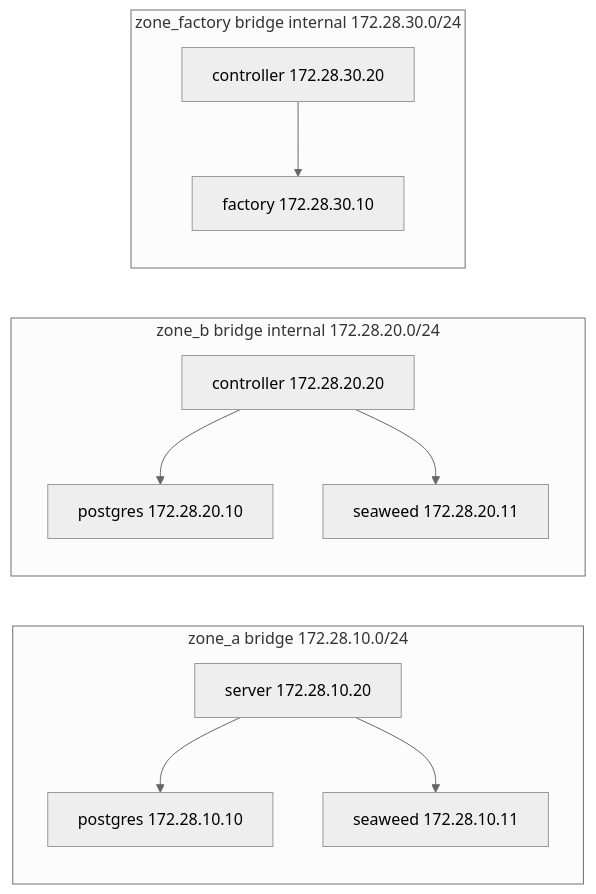
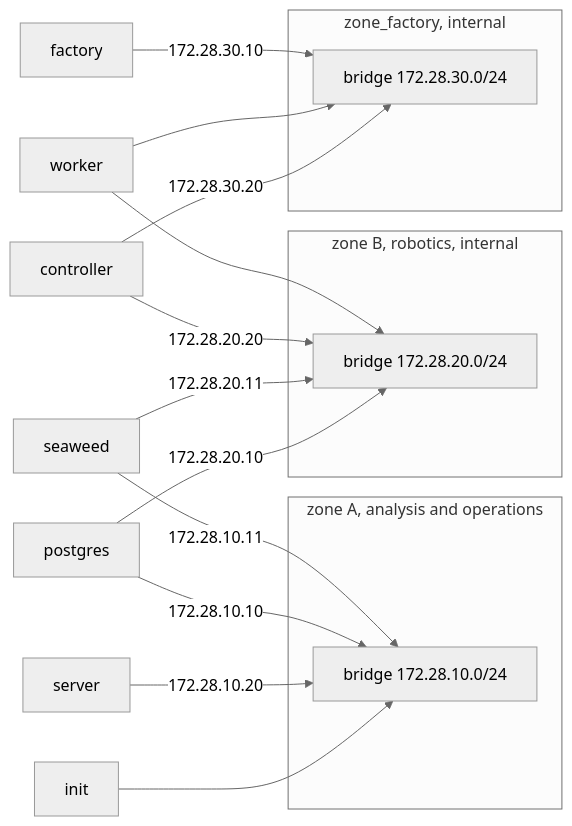
One commit to jgmatu/postgresql changed the first of 2 diagrams in docker/operational/README.md. Above: the diagram before and after it, drawn with Mermaid (neutral theme). The commit also changed other lines of this file, not shown here.

Commit message:
Draw each operational container once so PostgreSQL and SeaweedFS stay shared stores and each worker keeps its own namespace.

````diff
--- a/docker/operational/README.md
+++ b/docker/operational/README.md
@@ -7,22 +13,32 @@
 ```mermaid
 flowchart LR
-    subgraph zoneA ["zone_a bridge 172.28.10.0/24"]
-        pgA["postgres 172.28.10.10"]
-        swA["seaweed 172.28.10.11"]
-        server["server 172.28.10.20"]
+    init["init"]
+    server["server"]
+    postgres["postgres"]
+    seaweed["seaweed"]
+    controller["controller"]
+    worker["worker"]
+    factory["factory"]
+
+    subgraph zoneA ["zone A, analysis and operations"]
+        netA["bridge 172.28.10.0/24"]
     end
-    subgraph zoneB ["zone_b bridge internal 172.28.20.0/24"]
-        pgB["postgres 172.28.20.10"]
-        swB["seaweed 172.28.20.11"]
-        controller["controller 172.28.20.20"]
+    subgraph zoneB ["zone B, robotics, internal"]
+        netB["bridge 172.28.20.0/24"]
     end
-    subgraph zoneF ["zone_factory bridge internal 172.28.30.0/24"]
-        factory["factory 172.28.30.10"]
-        controllerF["controller 172.28.30.20"]
+    subgraph zoneF ["zone_factory, internal"]
+        netF["bridge 172.28.30.0/24"]
     end
-    server --> pgA
-    server --> swA
-    controller --> pgB
-    controller --> swB
-    controllerF --> factory
+
+    init --> netA
+    server -->|"172.28.10.20"| netA
+    postgres -->|"172.28.10.10"| netA
+    seaweed -->|"172.28.10.11"| netA
+    postgres -->|"172.28.20.10"| netB
+    seaweed -->|"172.28.20.11"| netB
+    controller -->|"172.28.20.20"| netB
+    worker --> netB
+    controller -->|"172.28.30.20"| netF
+    worker --> netF
+    factory -->|"172.28.30.10"| netF
 ```
````
